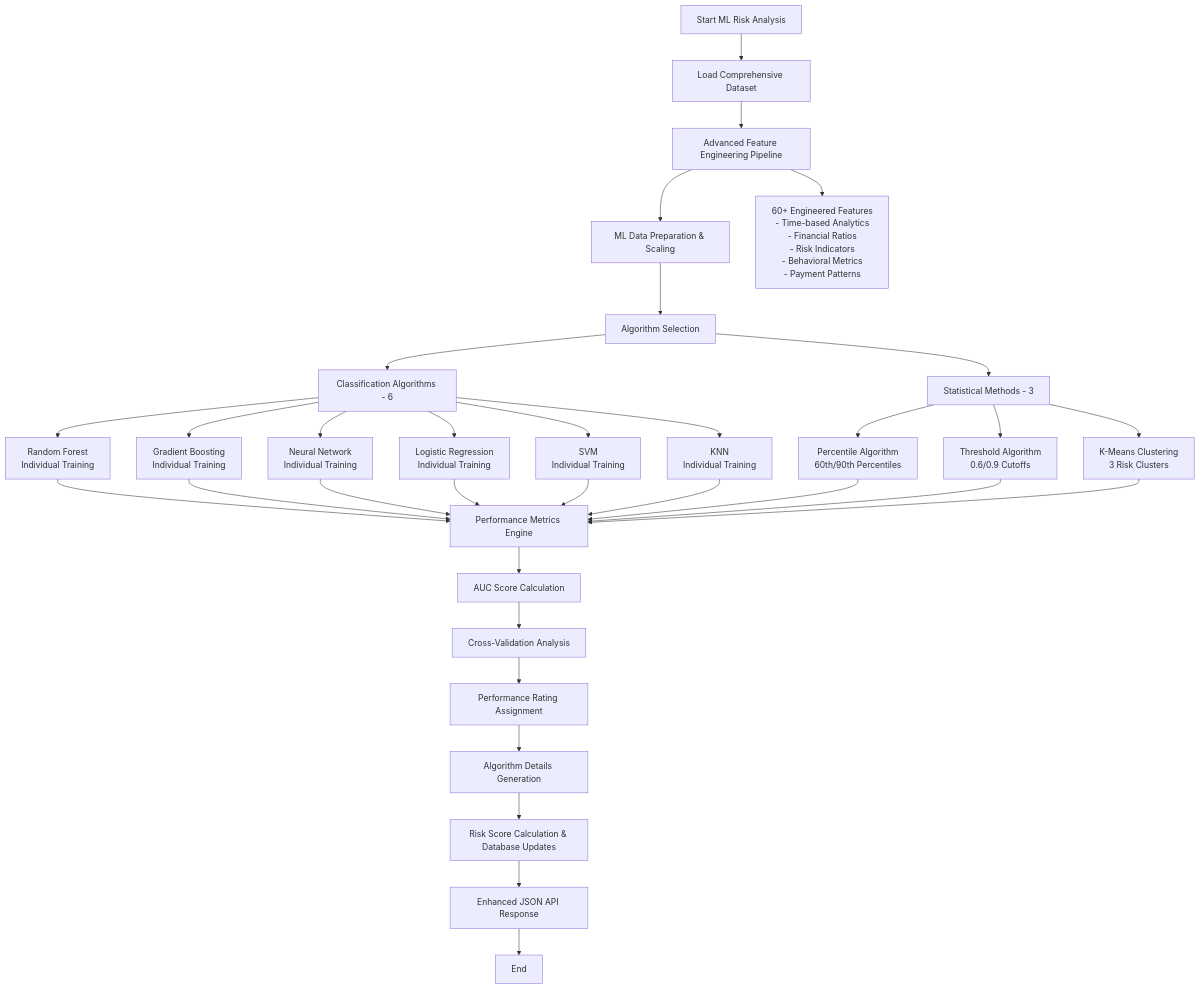
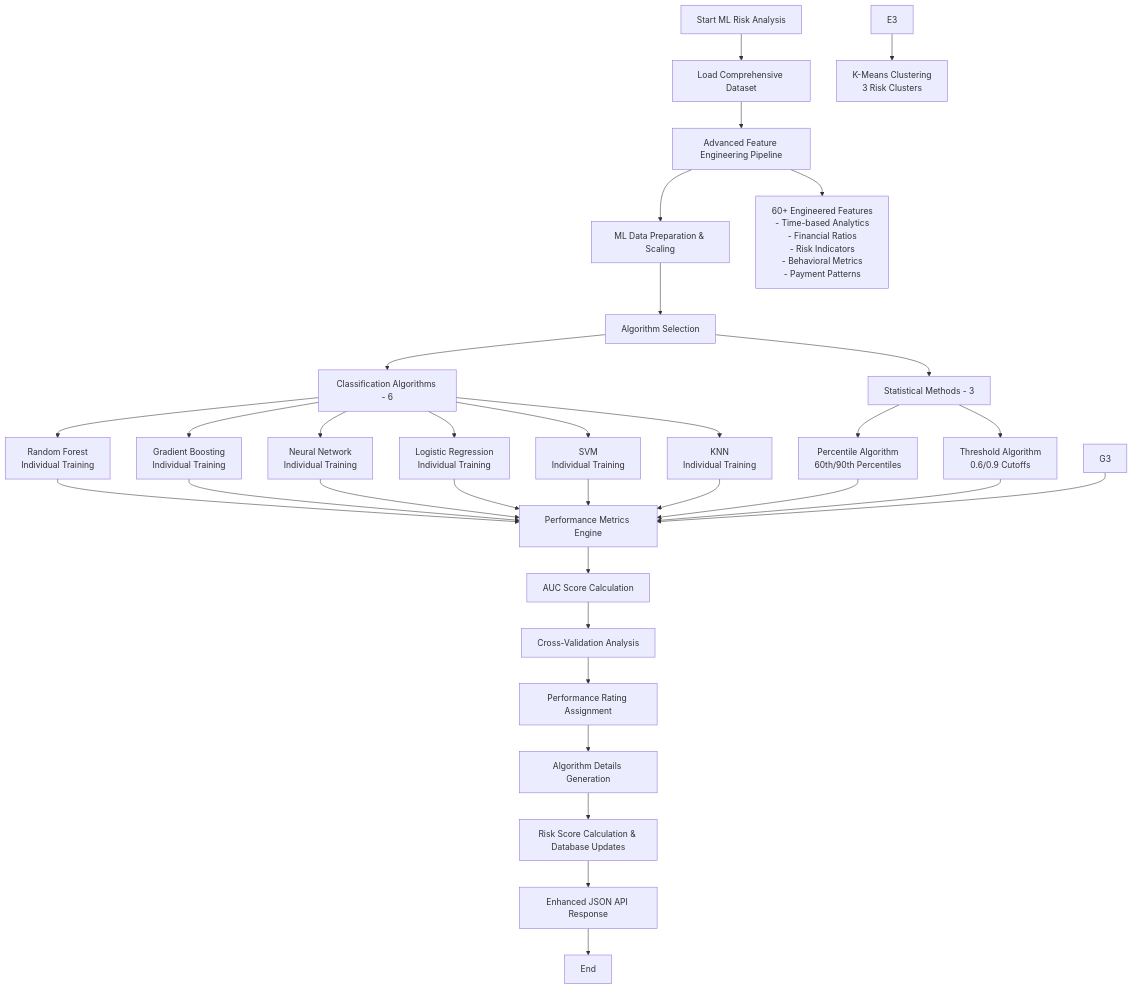
One commit to antongeorgescu/delinquency-data-management-website changed the second of 5 diagrams in DELINQUENCY_ANALYSIS.md. Above: the diagram before and after it, drawn with Mermaid. The commit also changed other lines of this file and 2 other files, not shown here.

````diff
--- a/DELINQUENCY_ANALYSIS.md
+++ b/DELINQUENCY_ANALYSIS.md
@@ -90,41 +94,42 @@
 ```mermaid
 flowchart TD
     A[Start ML Risk Analysis] --> B[Load Comprehensive Dataset]
     B --> C[Advanced Feature Engineering Pipeline]
     C --> D[ML Data Preparation & Scaling]
     D --> E[Algorithm Selection]
     
     E --> E1[Classification Algorithms - 6]
     E --> E2[Statistical Methods - 3]
     
     E1 --> F1[Random Forest<br/>Individual Training]
     E1 --> F2[Gradient Boosting<br/>Individual Training]
     E1 --> F3[Neural Network<br/>Individual Training]
     E1 --> F4[Logistic Regression<br/>Individual Training]
     E1 --> F5[SVM<br/>Individual Training]
     E1 --> F6[KNN<br/>Individual Training]
     
     E2 --> G1[Percentile Algorithm<br/>60th/90th Percentiles]
     E2 --> G2[Threshold Algorithm<br/>0.6/0.9 Cutoffs]  
-    E2 --> G3[K-Means Clustering<br/>3 Risk Clusters]
+    
+    E3 --> H1[K-Means Clustering<br/>3 Risk Clusters]
     
     F1 --> H[Performance Metrics Engine]
     F2 --> H
     F3 --> H
     F4 --> H
     F5 --> H
     F6 --> H
     G1 --> H
     G2 --> H
     G3 --> H
     
     H --> I[AUC Score Calculation]
     I --> J[Cross-Validation Analysis]
     J --> K[Performance Rating Assignment]
     K --> L[Algorithm Details Generation]
     L --> M[Risk Score Calculation & Database Updates]
     M --> N[Enhanced JSON API Response]
     N --> O[End]
     
     C --> C1[60+ Engineered Features<br/>- Time-based Analytics<br/>- Financial Ratios<br/>- Risk Indicators<br/>- Behavioral Metrics<br/>- Payment Patterns]
 ```
````
